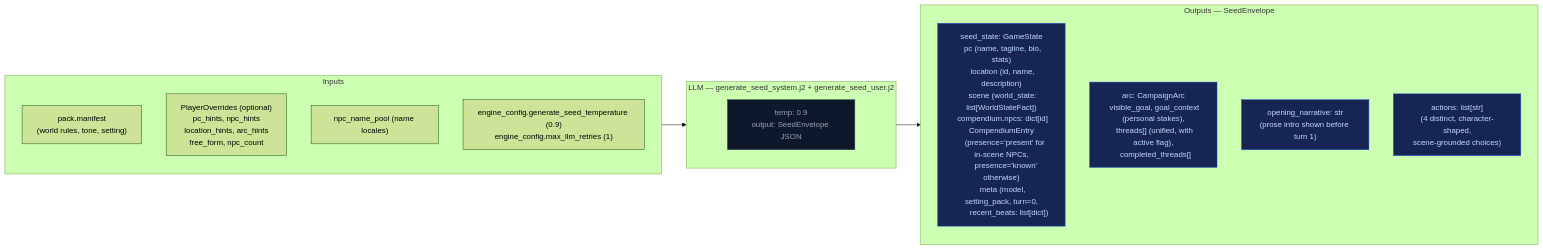
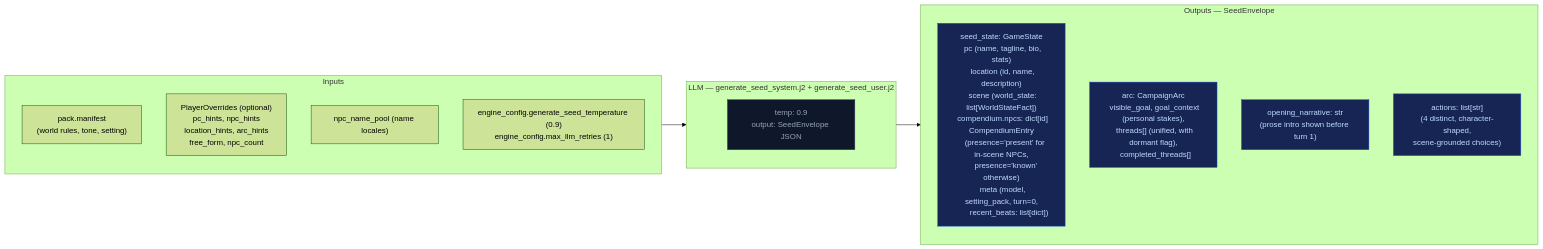
One commit to pww217/fablethread changed the second of 2 diagrams in docs/architecture/out-of-band.md. Above: the diagram before and after it, drawn with Mermaid (forest theme). The commit also changed other lines of this file and 7 other files, not shown here.

````diff
--- a/docs/architecture/out-of-band.md
+++ b/docs/architecture/out-of-band.md
@@ -40,26 +40,26 @@
 ```mermaid
 flowchart LR
     classDef llmNode fill:#0f172a,color:#94a3b8,stroke:#334155
     classDef outNode fill:#172554,color:#bfdbfe,stroke:#1d4ed8
 
     subgraph IN["Inputs"]
         G1["pack.manifest<br>(world rules, tone, setting)"]
         G3["PlayerOverrides (optional)<br>  pc_hints, npc_hints<br>  location_hints, arc_hints<br>  free_form, npc_count"]
         G4["npc_name_pool (name locales)"]
         G5["engine_config.generate_seed_temperature (0.9)<br>engine_config.max_llm_retries (1)"]
     end
 
     subgraph LLM_GS["LLM — generate_seed_system.j2 + generate_seed_user.j2"]
         GL["temp: 0.9<br>output: SeedEnvelope JSON"]:::llmNode
     end
 
     subgraph OUT["Outputs — SeedEnvelope"]
         O1["seed_state: GameState<br>  pc (name, tagline, bio, stats)<br>  location (id, name, description)<br>  scene (world_state: list[WorldStateFact])<br>  compendium.npcs: dict[id] CompendiumEntry<br>    (presence='present' for in-scene NPCs,<br>     presence='known' otherwise)<br>  meta (model, setting_pack, turn=0,<br>       recent_beats: list[dict])"]:::outNode
-        O2["arc: CampaignArc<br>  visible_goal, goal_context (personal stakes),<br>  threads[] (unified, with active flag),<br>  completed_threads[]"]:::outNode
+        O2["arc: CampaignArc<br>  visible_goal, goal_context (personal stakes),<br>  threads[] (unified, with dormant flag),<br>  completed_threads[]"]:::outNode
         O3["opening_narrative: str<br>(prose intro shown before turn 1)"]:::outNode
         O4["actions: list[str]<br>(4 distinct, character-shaped,<br>scene-grounded choices)"]:::outNode
     end
 
     IN --> LLM_GS
     LLM_GS --> OUT
 ```
````
